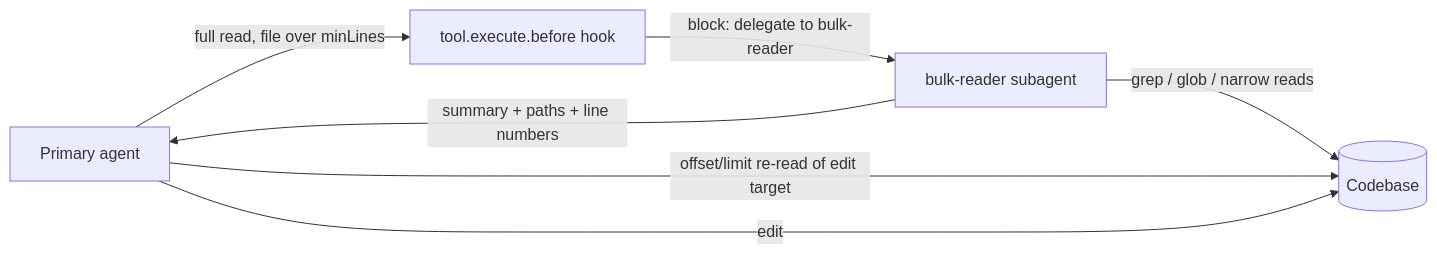
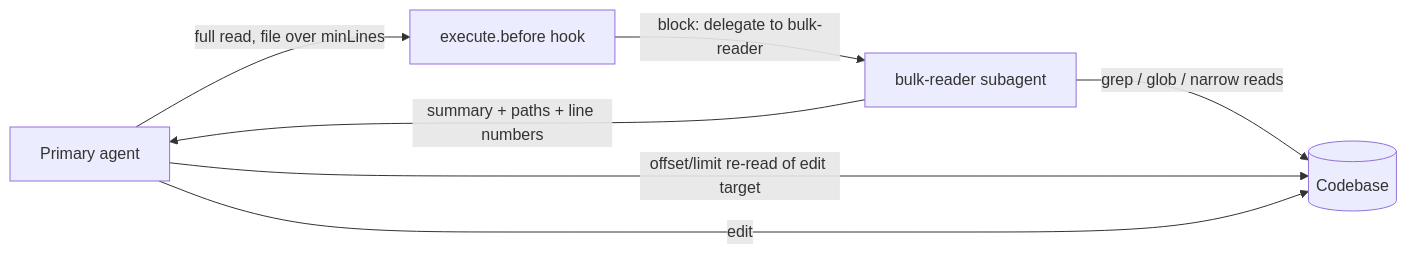
The first of 2 diagrams in README.md (jope35/big-little), drawn with Mermaid before and after one commit. The commit also changed other lines of this file and 25 other files, not shown here.

````diff
--- a/README.md
+++ b/README.md
@@ -145,14 +160,14 @@
 ```mermaid
 flowchart LR
     primary["Primary agent"]
-    hook["tool.execute.before hook"]
+    hook["execute.before hook"]
     br["bulk-reader subagent"]
     code[("Codebase")]
 
     primary -- "full read, file over minLines" --> hook
     hook -- "block: delegate to bulk-reader" --> br
     br -- "grep / glob / narrow reads" --> code
     br -- "summary + paths + line numbers" --> primary
     primary -- "offset/limit re-read of edit target" --> code
     primary -- "edit" --> code
 ```
````
